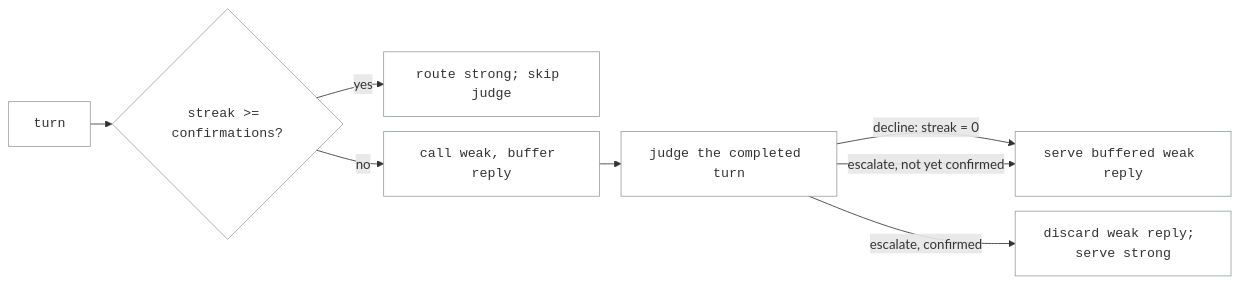
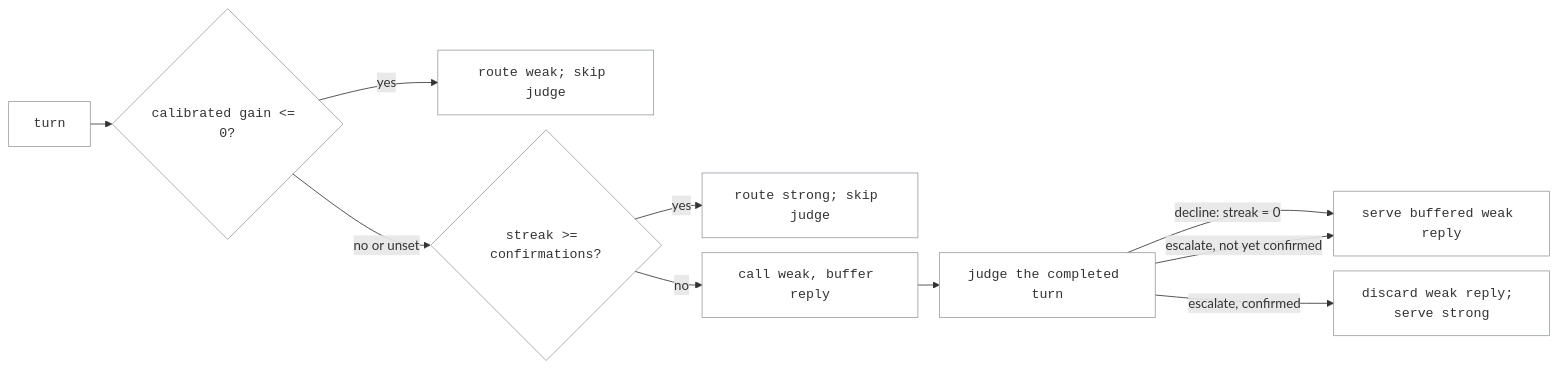
Before and after one commit to NVIDIA-NeMo/Switchyard: the diagram in docs/routing_algorithms/escalation_router_routing.md, drawn with Mermaid. The commit also changed other lines of this file and 5 other files, not shown here.

````diff
--- a/docs/routing_algorithms/escalation_router_routing.md
+++ b/docs/routing_algorithms/escalation_router_routing.md
@@ -74,14 +76,16 @@
 ```mermaid
 %%{init: {"flowchart": {"nodeSpacing": 18, "rankSpacing": 26}}}%%
 flowchart LR
-    t["turn"] --> p{"streak >= confirmations?"}
+    t["turn"] --> g{"calibrated gain <= 0?"}
+    g -->|yes| w0["route weak; skip judge"]
+    g -->|no or unset| p{"streak >= confirmations?"}
     p -->|yes| s["route strong; skip judge"]
     p -->|no| c["call weak, buffer reply"]
     c --> j["judge the completed turn"]
     j -->|decline: streak = 0| w["serve buffered weak reply"]
     j -->|escalate, not yet confirmed| w
     j -->|escalate, confirmed| l["discard weak reply; serve strong"]
 
     classDef box font-family:monospace,fill:none,stroke:#9aa0a6,stroke-width:1px;
-    class t,p,s,c,j,w,l box;
+    class t,g,w0,p,s,c,j,w,l box;
 ```
````
